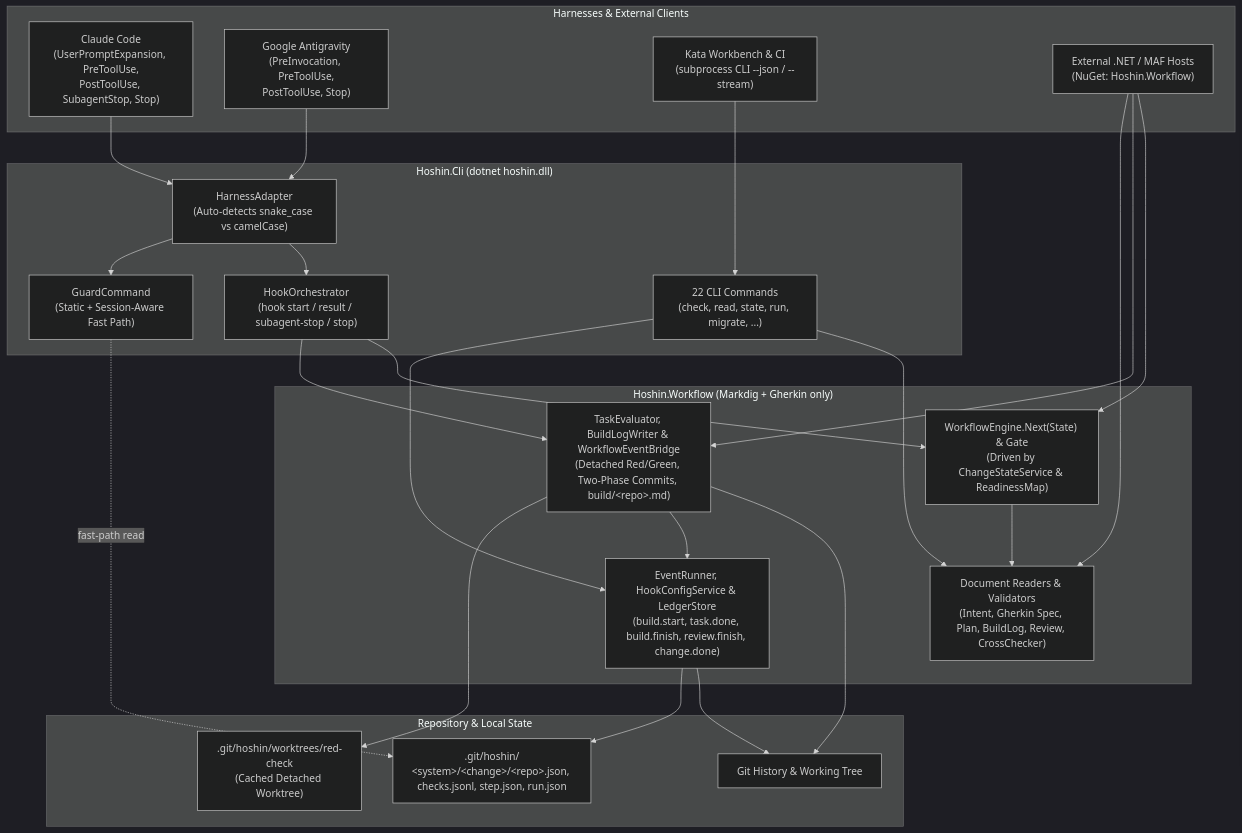
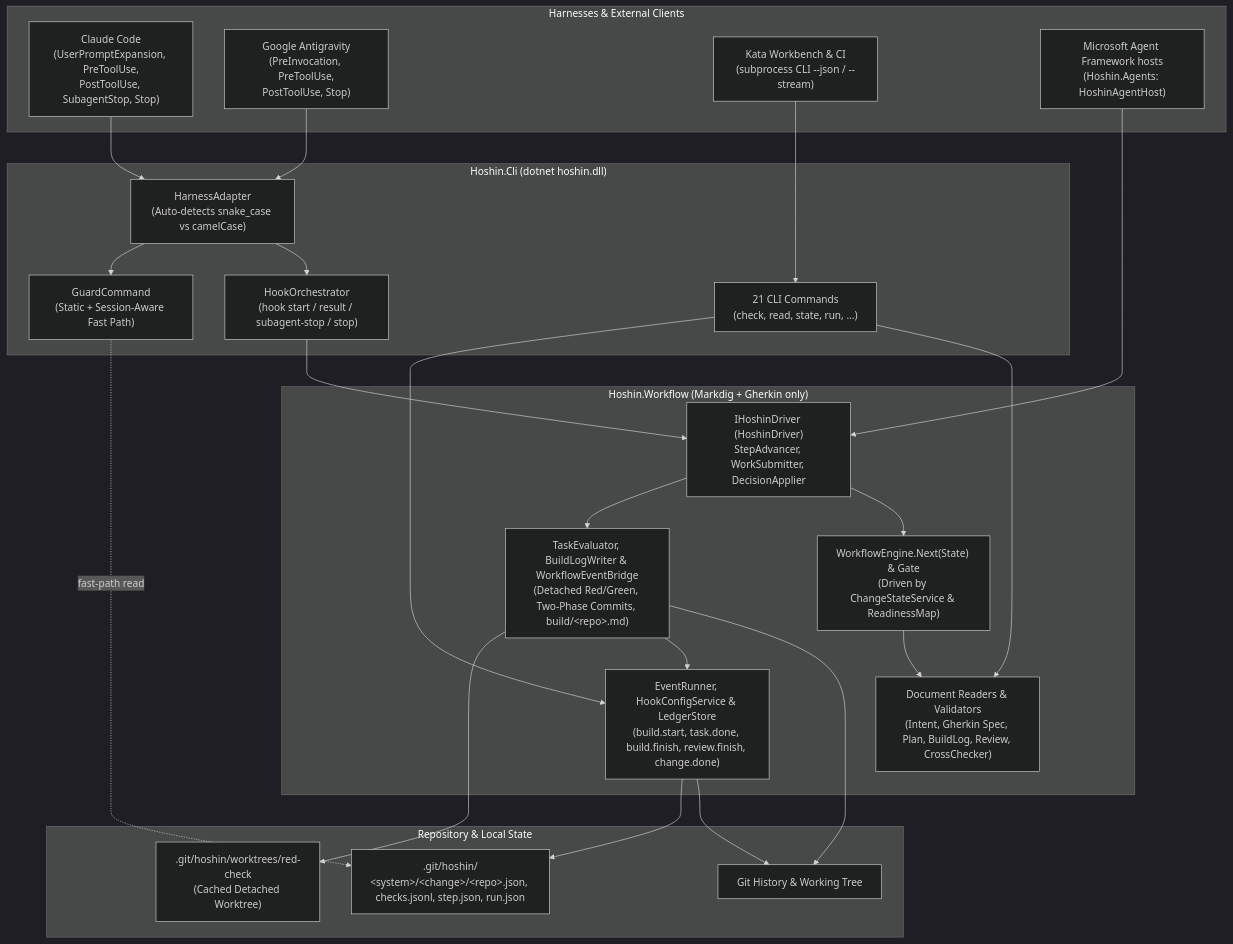
The first of 4 diagrams in DESIGN.md (satish-krishna/Hoshin.Net), drawn with Mermaid (dark theme) before and after one commit. The commit also changed other lines of this file and 89 other files, not shown here.

First line of the commit message:
feat(workflow)!: one driver for every host, a Microsoft Agent Framework host, and no migrate (#12)

````diff
--- a/DESIGN.md
+++ b/DESIGN.md
@@ -21,41 +21,43 @@
 ```mermaid
 flowchart TB
     subgraph Callers["Harnesses & External Clients"]
         CC["Claude Code<br/>(UserPromptExpansion, PreToolUse,<br/>PostToolUse, SubagentStop, Stop)"]
         AGY["Google Antigravity<br/>(PreInvocation, PreToolUse,<br/>PostToolUse, Stop)"]
         KATA["Kata Workbench & CI<br/>(subprocess CLI --json / --stream)"]
-        MAF["External .NET / MAF Hosts<br/>(NuGet: Hoshin.Workflow)"]
+        MAF["Microsoft Agent Framework hosts<br/>(Hoshin.Agents: HoshinAgentHost)"]
     end
 
     subgraph Cli["Hoshin.Cli (dotnet hoshin.dll)"]
         ADAPTER["HarnessAdapter<br/>(Auto-detects snake_case vs camelCase)"]
         ORCH["HookOrchestrator<br/>(hook start / result / subagent-stop / stop)"]
         GUARD["GuardCommand<br/>(Static + Session-Aware Fast Path)"]
-        CMDS["22 CLI Commands<br/>(check, read, state, run, migrate, ...)"]
+        CMDS["21 CLI Commands<br/>(check, read, state, run, ...)"]
     end
 
     subgraph Lib["Hoshin.Workflow (Markdig + Gherkin only)"]
+        DRIVER["IHoshinDriver (HoshinDriver)<br/>StepAdvancer, WorkSubmitter, DecisionApplier"]
         ENGINE["WorkflowEngine.Next(State) & Gate<br/>(Driven by ChangeStateService & ReadinessMap)"]
         RUNNER["TaskEvaluator, BuildLogWriter & WorkflowEventBridge<br/>(Detached Red/Green, Two-Phase Commits, build/&lt;repo&gt;.md)"]
         DOCS["Document Readers & Validators<br/>(Intent, Gherkin Spec, Plan, BuildLog, Review, CrossChecker)"]
         EVENTS["EventRunner, HookConfigService & LedgerStore<br/>(build.start, task.done, build.finish, review.finish, change.done)"]
     end
 
     subgraph Store["Repository & Local State"]
         GIT["Git History & Working Tree"]
         LEDGER[".git/hoshin/<br/>&lt;system&gt;/&lt;change&gt;/&lt;repo&gt;.json, checks.jsonl, step.json, run.json"]
         WT[".git/hoshin/worktrees/red-check<br/>(Cached Detached Worktree)"]
     end
 
     CC & AGY --> ADAPTER
     ADAPTER --> ORCH & GUARD
     KATA --> CMDS
-    MAF --> ENGINE & RUNNER & DOCS
+    MAF --> DRIVER
 
-    ORCH --> ENGINE & RUNNER
+    ORCH --> DRIVER
+    DRIVER --> ENGINE & RUNNER
     GUARD -. "fast-path read" .-> LEDGER
     CMDS --> DOCS & EVENTS
     ENGINE --> DOCS
     RUNNER --> GIT & EVENTS & WT
     EVENTS --> GIT & LEDGER
 ```
````
